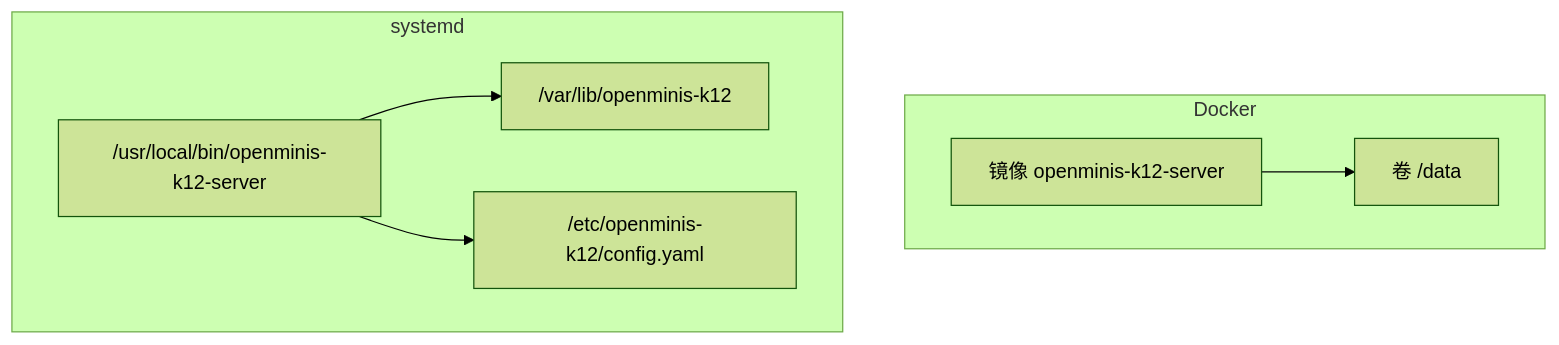
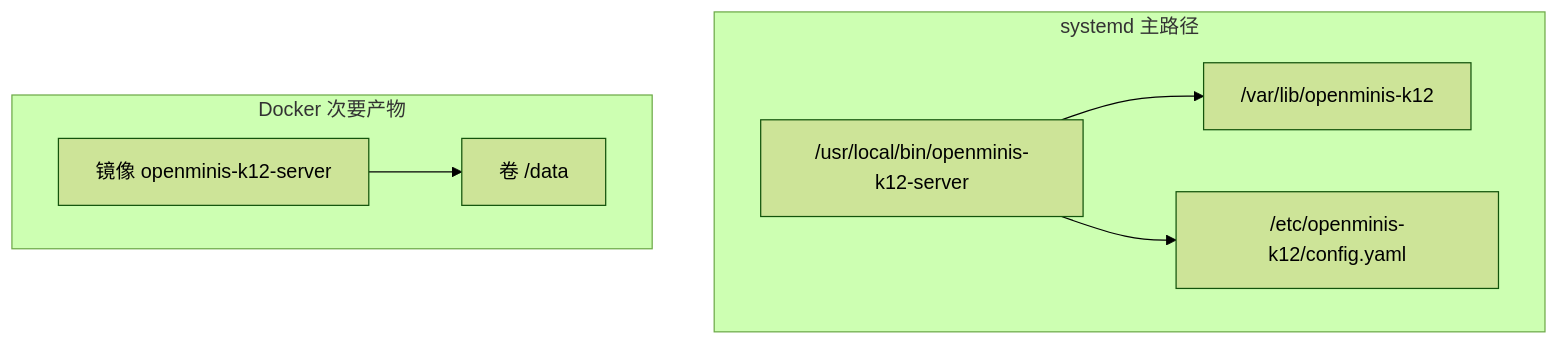
One commit to ChuckPeng/OpenMinis-K12 changed the third of 5 diagrams in docs/k12/architecture.md. Above: the diagram before and after it, drawn with Mermaid (forest theme). The commit also changed other lines of this file and 16 other files, not shown here.

First line of the commit message:
docs(k12): record license, systemd, and emergency flow

````diff
--- a/docs/k12/architecture.md
+++ b/docs/k12/architecture.md
@@ -117,15 +117,15 @@
 ```mermaid
 flowchart TB
-  subgraph dockerDeploy["Docker"]
-    image["镜像 openminis-k12-server"]
-    volume["卷 /data"]
-    image --> volume
-  end
-  subgraph systemdDeploy["systemd"]
+  subgraph systemdDeploy["systemd 主路径"]
     binary["/usr/local/bin/openminis-k12-server"]
     lib["/var/lib/openminis-k12"]
     yaml["/etc/openminis-k12/config.yaml"]
     binary --> lib
     binary --> yaml
   end
+  subgraph dockerDeploy["Docker 次要产物"]
+    image["镜像 openminis-k12-server"]
+    volume["卷 /data"]
+    image --> volume
+  end
 ```
````
